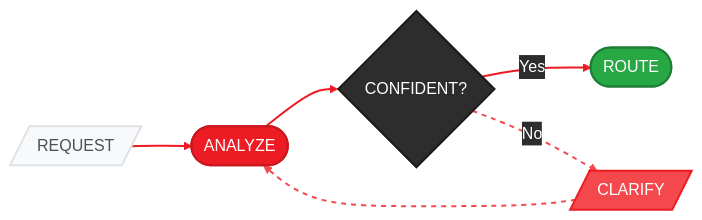
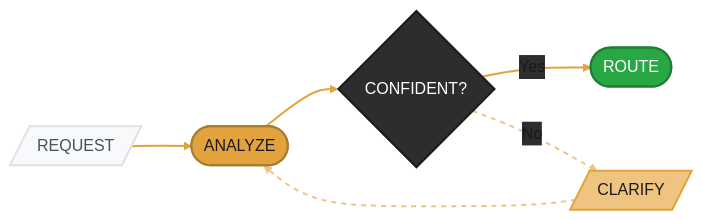
One commit to amd/gaia changed the diagram in docs/guides/routing.mdx. Above: the diagram before and after it, drawn with Mermaid. The commit also changed 37 other files, not shown here.

````diff
--- a/docs/guides/routing.mdx
+++ b/docs/guides/routing.mdx
@@ -36,18 +36,18 @@
 ```mermaid
-%%{init: {'theme':'base', 'themeVariables': { 'primaryColor':'#ED1C24', 'primaryTextColor':'#fff', 'primaryBorderColor':'#C8171E', 'lineColor':'#F4484D', 'secondaryColor':'#2d2d2d', 'tertiaryColor':'#f5f5f5', 'fontFamily': 'system-ui, -apple-system, sans-serif'}}}%%
+%%{init: {'theme':'base', 'themeVariables': { 'primaryColor':'#E2A33E', 'primaryTextColor':'#1a1a1a', 'primaryBorderColor':'#A87B2D', 'lineColor':'#EFC480', 'secondaryColor':'#2d2d2d', 'tertiaryColor':'#f5f5f5', 'fontFamily': 'system-ui, -apple-system, sans-serif'}}}%%
 flowchart LR
     A[/"REQUEST"/] --> B(["ANALYZE"])
     B --> C{"CONFIDENT?"}
     C -->|Yes| D(["ROUTE"])
     C -->|No| E[/"CLARIFY"/]
     E --> B
 
     style A fill:#f8f9fa,stroke:#dee2e6,stroke-width:2px,color:#495057
-    style B fill:#ED1C24,stroke:#C8171E,stroke-width:2px,color:#fff
+    style B fill:#E2A33E,stroke:#A87B2D,stroke-width:2px,color:#1a1a1a
     style C fill:#2d2d2d,stroke:#1a1a1a,stroke-width:2px,color:#fff
     style D fill:#28a745,stroke:#1e7e34,stroke-width:2px,color:#fff
-    style E fill:#F4484D,stroke:#ED1C24,stroke-width:2px,color:#fff
+    style E fill:#EFC480,stroke:#E2A33E,stroke-width:2px,color:#1a1a1a
 
-    linkStyle 0,1,2 stroke:#ED1C24,stroke-width:2px
-    linkStyle 3,4 stroke:#F4484D,stroke-width:2px,stroke-dasharray:5
+    linkStyle 0,1,2 stroke:#E2A33E,stroke-width:2px
+    linkStyle 3,4 stroke:#EFC480,stroke-width:2px,stroke-dasharray:5
 ```
````
